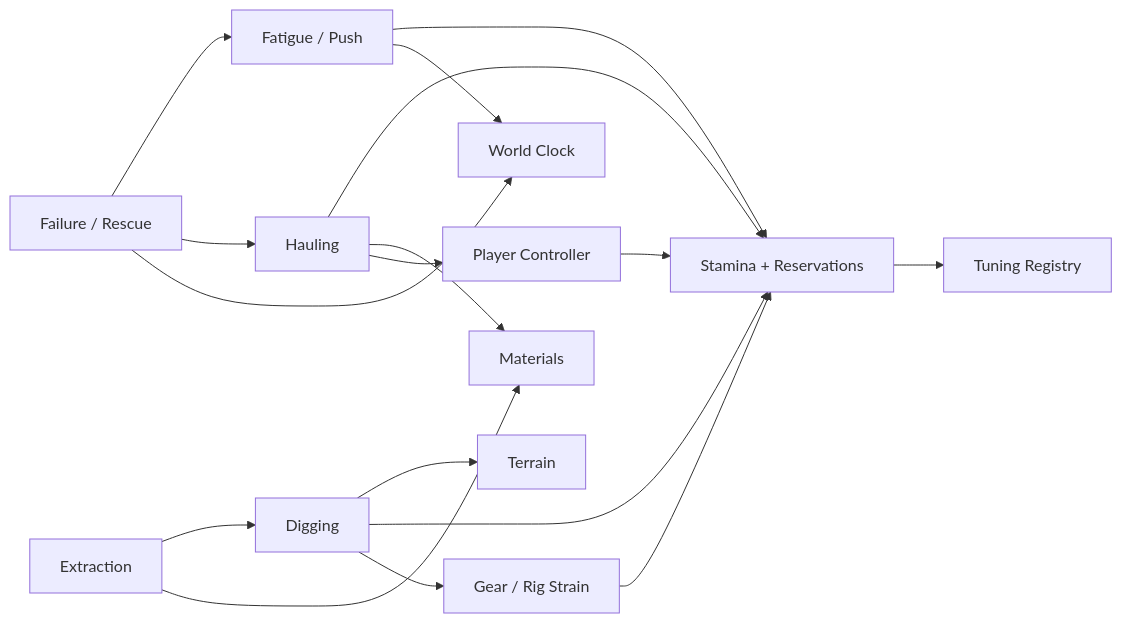
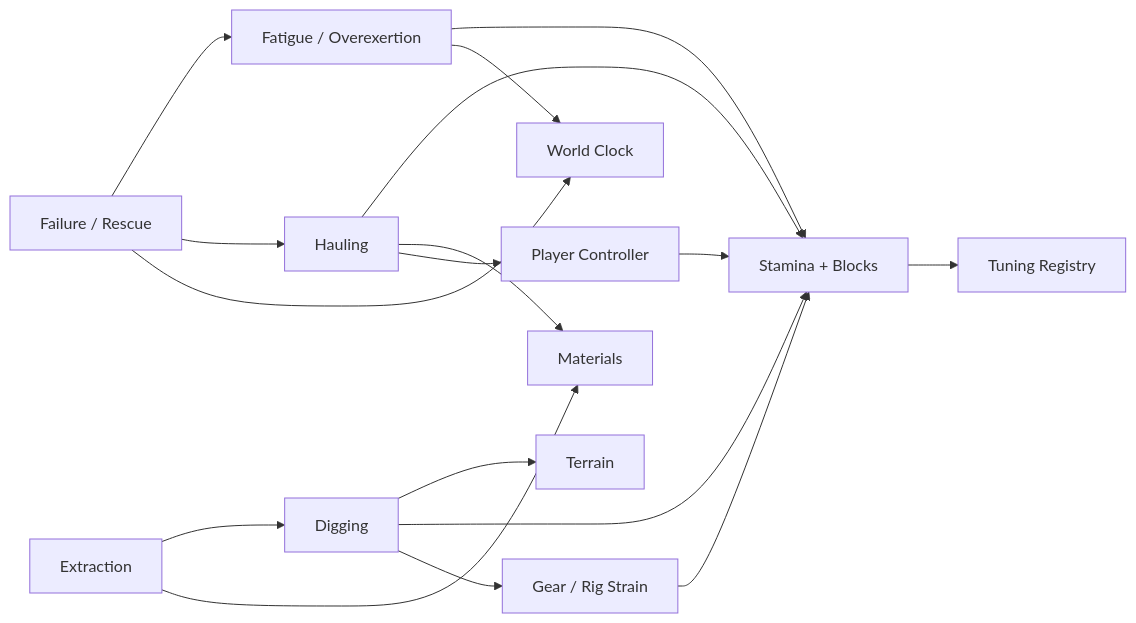
The second of 6 diagrams in docs/build-bible/00-dependency-map.md (jmpanackal/Crater), drawn with Mermaid before and after one commit. The commit also changed other lines of this file and 2 other files, not shown here.

````diff
--- a/docs/build-bible/00-dependency-map.md
+++ b/docs/build-bible/00-dependency-map.md
@@ -118,19 +118,19 @@
 ```mermaid
 flowchart LR
-  MOVE[Player Controller] --> STAM[Stamina + Reservations]
+  MOVE[Player Controller] --> STAM[Stamina + Blocks]
   STAM --> TUNE[Tuning Registry]
-  FATIGUE[Fatigue / Push] --> STAM
+  FATIGUE[Fatigue / Overexertion] --> STAM
   FATIGUE --> CLOCK[World Clock]
   HAUL[Hauling] --> STAM
   HAUL --> ITEMS[Materials]
   HAUL --> MOVE
   GEAR[Gear / Rig Strain] --> STAM
   DIG[Digging] --> TERRAIN[Terrain]
   DIG --> STAM
   DIG --> GEAR
   DEPOSIT[Extraction] --> DIG
   DEPOSIT --> ITEMS
   FAIL[Failure / Rescue] --> FATIGUE
   FAIL --> HAUL
   FAIL --> CLOCK
 ```
````
